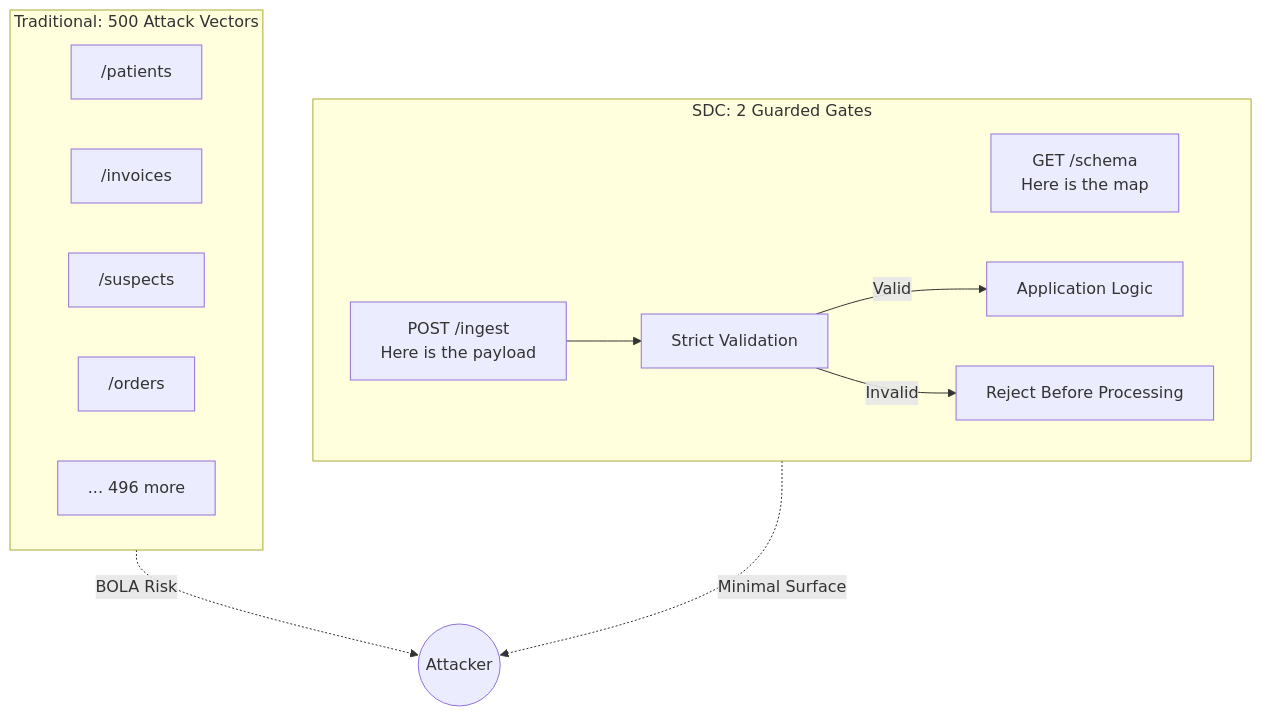
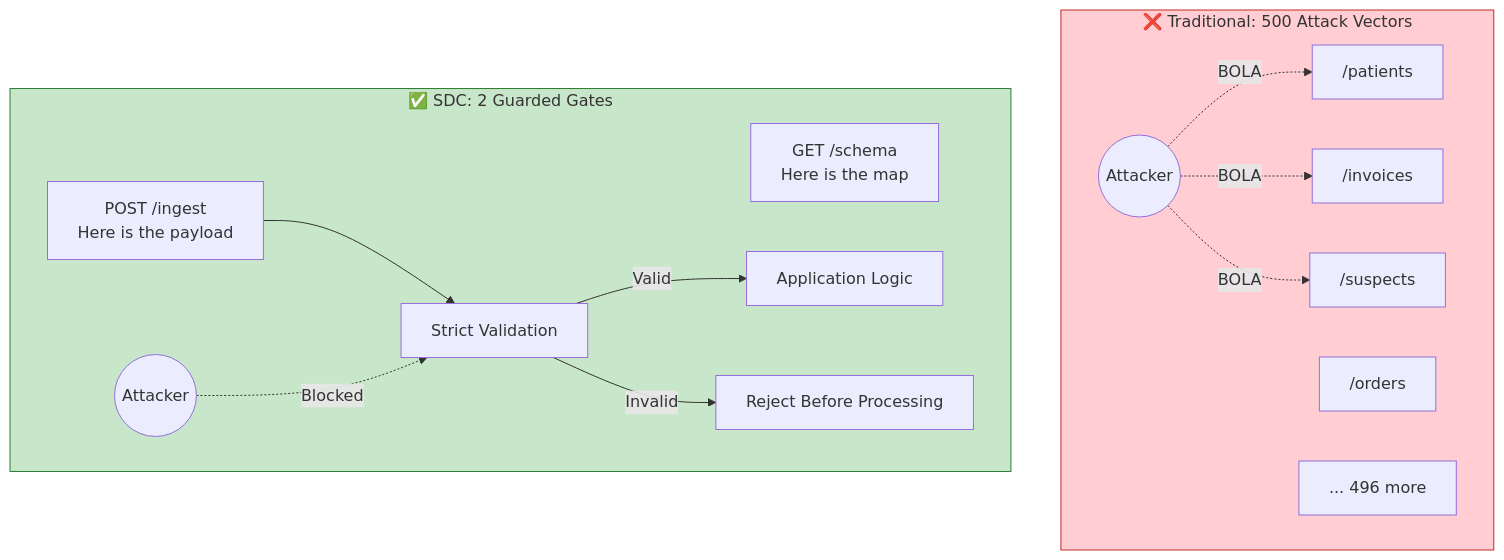
One commit to DinisCruz/NotebookLM__Infographics-and-slides changed the third of 8 diagrams in linkedin-published/3rd Party Content/Data Physics and the Semantic Capture of Intent/SEMANTIC-GRAPH.md. Above: the diagram before and after it, drawn with Mermaid. The commit also changed other lines of this file, not shown here.

Commit message:
improved semantic-graph

````diff
--- a/linkedin-published/3rd Party Content/Data Physics and the Semantic Capture of Intent/SEMANTIC-GRAPH.md
+++ b/linkedin-published/3rd Party Content/Data Physics and the Semantic Capture of Intent/SEMANTIC-GRAPH.md
@@ -155,22 +168,28 @@
 ```mermaid
 graph TB
-    subgraph Traditional["Traditional: 500 Attack Vectors"]
+    subgraph Traditional["❌ Traditional: 500 Attack Vectors"]
         E1["/patients"]
         E2["/invoices"]
         E3["/suspects"]
         E4["/orders"]
         E5["... 496 more"]
+        ATK1((Attacker))
+        ATK1 -.->|"BOLA"| E1
+        ATK1 -.->|"BOLA"| E2
+        ATK1 -.->|"BOLA"| E3
     end
 
-    subgraph SDC["SDC: 2 Guarded Gates"]
+    subgraph SDC["✅ SDC: 2 Guarded Gates"]
         G1["GET /schema<br/>Here is the map"]
         G2["POST /ingest<br/>Here is the payload"]
         V[Strict Validation]
         G2 --> V
         V -->|Valid| App[Application Logic]
         V -->|Invalid| Reject[Reject Before Processing]
+        ATK2((Attacker))
+        ATK2 -.->|"Blocked"| V
     end
 
-    Traditional -.->|"BOLA Risk"| Attacker((Attacker))
-    SDC -.->|"Minimal Surface"| Attacker
+    style Traditional fill:#ffcdd2,stroke:#c62828
+    style SDC fill:#c8e6c9,stroke:#2e7d32
 ```
````
